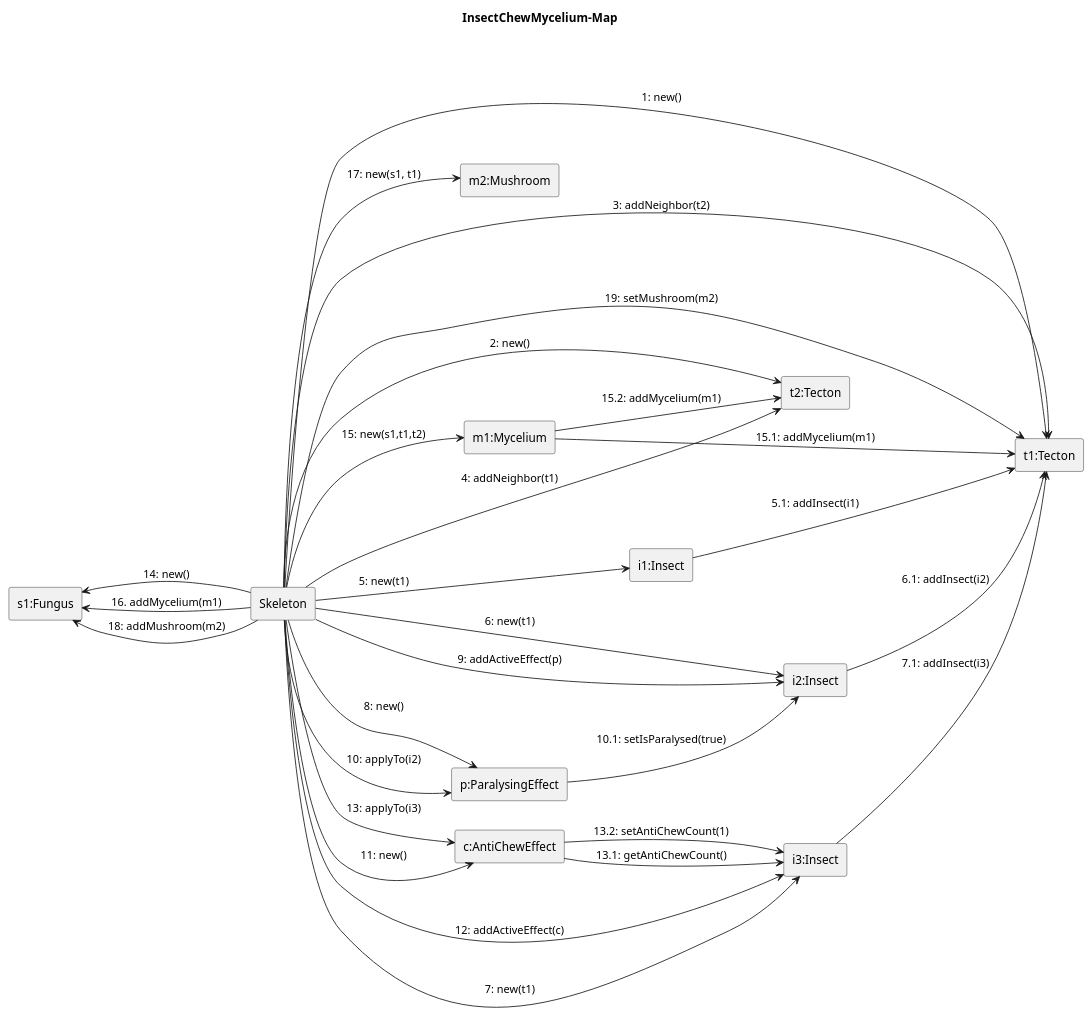
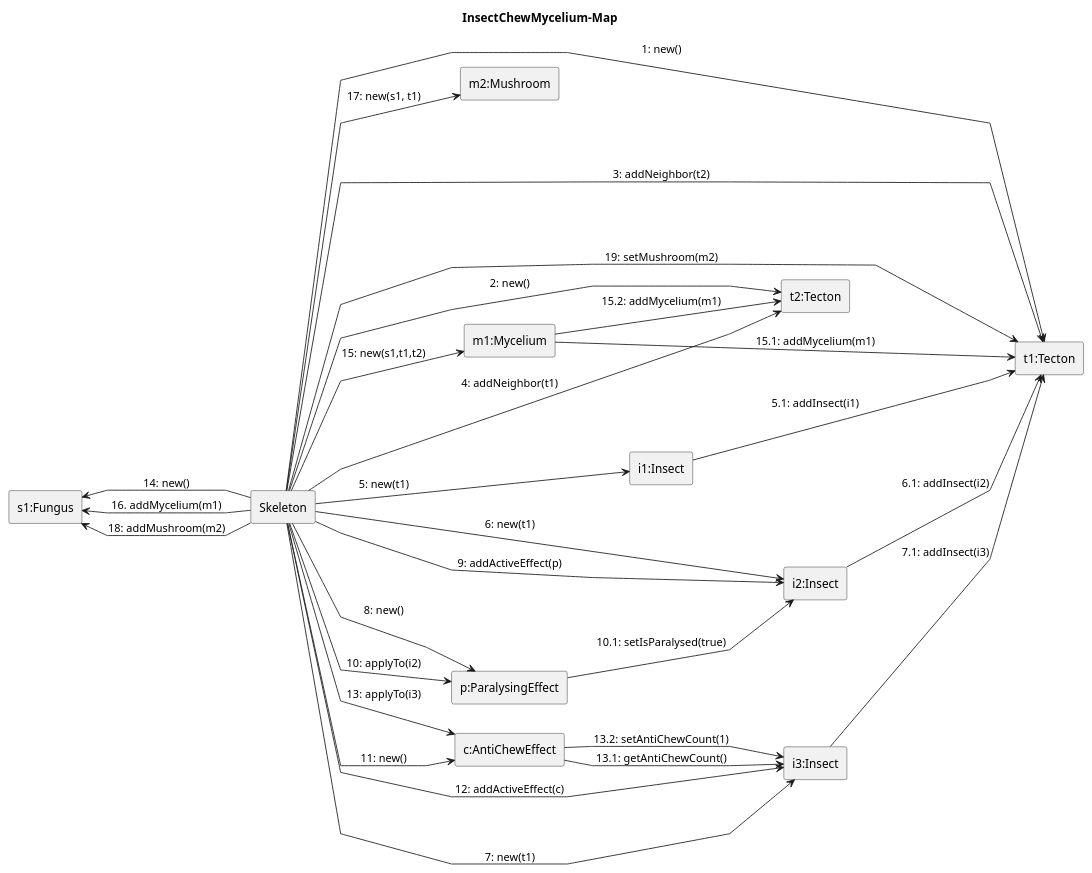
One commit to ZD4ve/projlab-error521 changed the diagram in Skeleton/Insect-chew-mycelium/map.pu. Above: the diagram before and after it, drawn with PlantUML.

Commit message:
added polyline

```diff
--- a/Skeleton/Insect-chew-mycelium/map.pu
+++ b/Skeleton/Insect-chew-mycelium/map.pu
@@ -1,55 +1,55 @@
 @startuml Insect-chew-mycelium/map 
 left to right direction
-
+skinparam linetype polyline
 title InsectChewMycelium-Map
 
 rectangle Skeleton as S 
 
 rectangle "s1:Fungus" as s1
 rectangle "m1:Mycelium" as m1
 rectangle "m2:Mushroom" as m2
 rectangle "t1:Tecton" as t1
 rectangle "t2:Tecton" as t2
 rectangle "i1:Insect" as i1
 rectangle "i2:Insect" as i2
 rectangle "i3:Insect" as i3
 rectangle "p:ParalysingEffect" as p
 rectangle "c:AntiChewEffect" as c
 
 S --> t1: 1: new()
 S --> t2: 2: new()
 S --> t1: 3: addNeighbor(t2)
 S --> t2: 4: addNeighbor(t1)
 
 S --> i1 : 5: new(t1)
 i1 --> t1 : 5.1: addInsect(i1)
 S --> i2 : 6: new(t1)
 i2 --> t1 : 6.1: addInsect(i2)
 S --> i3 : 7: new(t1)
 i3 --> t1 : 7.1: addInsect(i3)
 
 S --> p : 8: new()
 S --> i2 : 9: addActiveEffect(p)
 S --> p : 10: applyTo(i2)
 p --> i2 : 10.1: setIsParalysed(true)
 
 S --> c : 11: new()
 S --> i3 : 12: addActiveEffect(c)
 S --> c : 13: applyTo(i3)
 c --> i3 : 13.1: getAntiChewCount()
 c --> i3 : 13.2: setAntiChewCount(1)
 
 
 
 S -left-> s1: 14: new()
 S --> m1: 15: new(s1,t1,t2)
 m1 --> t1 : 15.1: addMycelium(m1)
 m1 --> t2 : 15.2: addMycelium(m1)
 S --> s1: 16. addMycelium(m1)
 
 S --> m2: 17: new(s1, t1)
 S --> s1: 18: addMushroom(m2)
 S --> t1: 19: setMushroom(m2)
 
 
 @enduml
```
